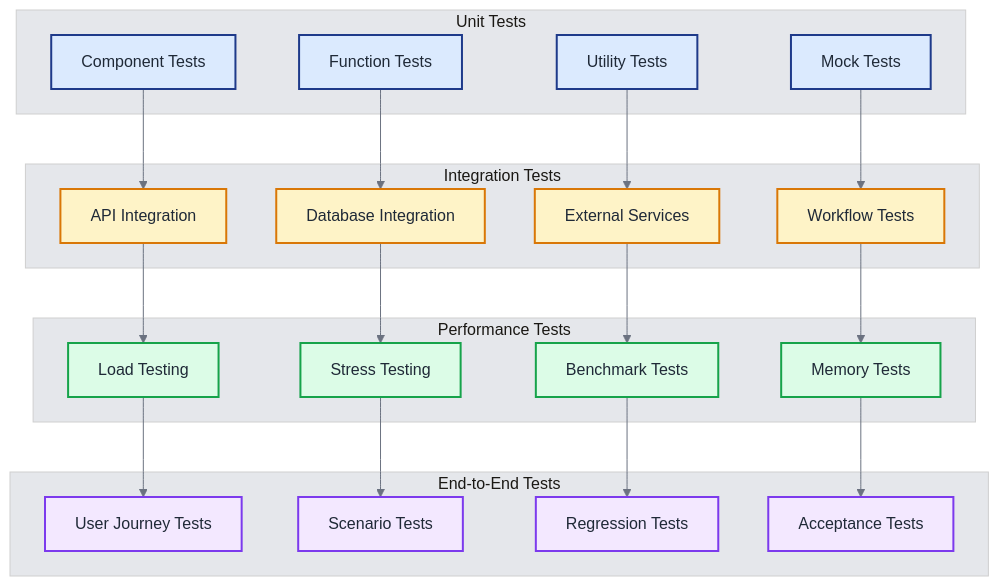
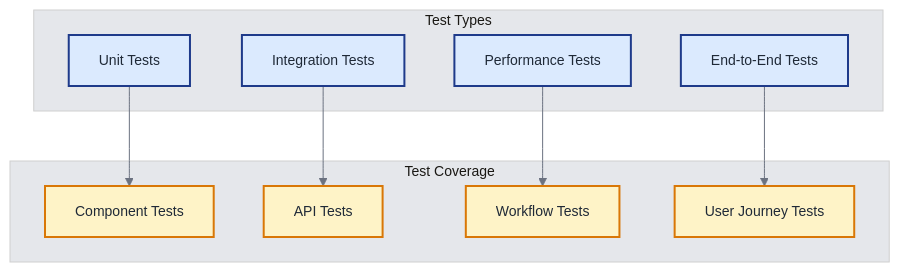
Before and after one commit to khaosans/basic-chat: the second of 7 diagrams in docs/DEVELOPMENT.md, drawn with Mermaid. The commit also changed other lines of this file and 3 other files, not shown here.

Commit message:
docs: Revise technical overview and update architecture diagrams - Simplify terminology and improve clarity in diagrams - Adjust font sizes and class definitions for better readability

````diff
--- a/docs/DEVELOPMENT.md
+++ b/docs/DEVELOPMENT.md
@@ -161,56 +143,28 @@
 ```mermaid
-%%{init: {'theme': 'base', 'themeVariables': { 'fontSize': '16px', 'fontFamily': 'Arial, sans-serif', 'primaryColor': '#1e3a8a', 'primaryTextColor': '#1f2937', 'primaryBorderColor': '#374151', 'lineColor': '#6b7280', 'secondaryColor': '#f3f4f6', 'tertiaryColor': '#e5e7eb', 'edgeLabelBackground': '#f9fafb'}}}%%
+%%{init: {'theme': 'base', 'themeVariables': { 'fontSize': '14px', 'fontFamily': 'Arial, sans-serif', 'primaryColor': '#1e3a8a', 'primaryTextColor': '#1f2937', 'primaryBorderColor': '#374151', 'lineColor': '#6b7280', 'secondaryColor': '#f3f4f6', 'tertiaryColor': '#e5e7eb'}}}%%
 graph TB
-    subgraph "Unit Tests"
-        COMPONENT[Component Tests]
-        FUNCTION[Function Tests]
-        UTILITY[Utility Tests]
-        MOCK[Mock Tests]
+    subgraph "Test Types"
+        UNIT[Unit Tests]
+        INTEGRATION[Integration Tests]
+        PERFORMANCE[Performance Tests]
+        E2E[End-to-End Tests]
     end
     
-    subgraph "Integration Tests"
-        API[API Integration]
-        DATABASE[Database Integration]
-        EXTERNAL[External Services]
+    subgraph "Test Coverage"
+        COMPONENTS[Component Tests]
+        API[API Tests]
         WORKFLOW[Workflow Tests]
+        USER[User Journey Tests]
     end
     
-    subgraph "Performance Tests"
-        LOAD[Load Testing]
-        STRESS[Stress Testing]
-        BENCHMARK[Benchmark Tests]
-        MEMORY[Memory Tests]
-    end
+    UNIT --> COMPONENTS
+    INTEGRATION --> API
+    PERFORMANCE --> WORKFLOW
+    E2E --> USER
     
-    subgraph "End-to-End Tests"
-        USER_JOURNEY[User Journey Tests]
-        SCENARIO[Scenario Tests]
-        REGRESSION[Regression Tests]
-        ACCEPTANCE[Acceptance Tests]
-    end
+    classDef types fill:#dbeafe,stroke:#1e3a8a,stroke-width:2px,color:#1f2937
+    classDef coverage fill:#fef3c7,stroke:#d97706,stroke-width:2px,color:#1f2937
     
-    COMPONENT --> API
-    FUNCTION --> DATABASE
-    UTILITY --> EXTERNAL
-    MOCK --> WORKFLOW
-    
-    API --> LOAD
-    DATABASE --> STRESS
-    EXTERNAL --> BENCHMARK
-    WORKFLOW --> MEMORY
-    
-    LOAD --> USER_JOURNEY
-    STRESS --> SCENARIO
-    BENCHMARK --> REGRESSION
-    MEMORY --> ACCEPTANCE
-    
-    classDef unit fill:#dbeafe,stroke:#1e3a8a,stroke-width:2px,color:#1f2937
-    classDef integration fill:#fef3c7,stroke:#d97706,stroke-width:2px,color:#1f2937
-    classDef performance fill:#dcfce7,stroke:#16a34a,stroke-width:2px,color:#1f2937
-    classDef e2e fill:#f3e8ff,stroke:#7c3aed,stroke-width:2px,color:#1f2937
-    
-    class COMPONENT,FUNCTION,UTILITY,MOCK unit
-    class API,DATABASE,EXTERNAL,WORKFLOW integration
-    class LOAD,STRESS,BENCHMARK,MEMORY performance
-    class USER_JOURNEY,SCENARIO,REGRESSION,ACCEPTANCE e2e
+    class UNIT,INTEGRATION,PERFORMANCE,E2E types
+    class COMPONENTS,API,WORKFLOW,USER coverage
 ```
````
